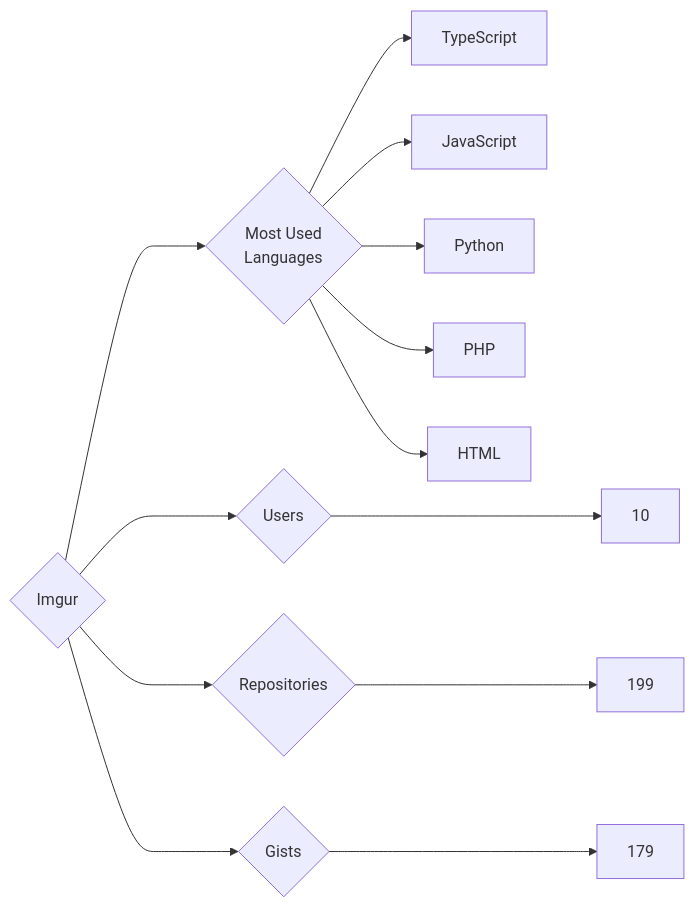
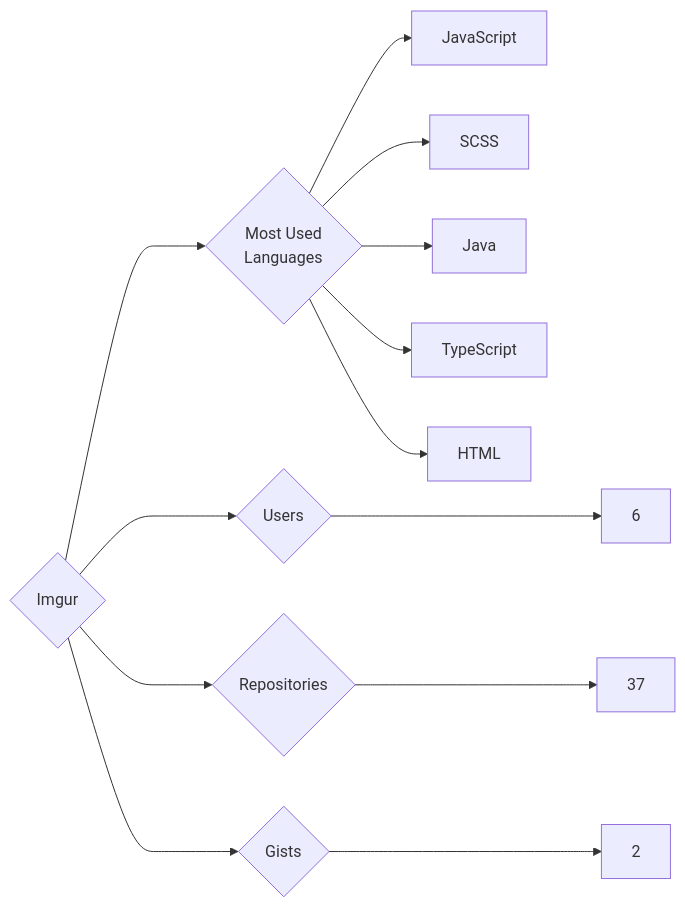
Before and after one commit to trickest/insiders: the diagram in targets/Imgur/README.md, drawn with Mermaid. The commit also changed 933 other files, not shown here.

````diff
--- a/targets/Imgur/README.md
+++ b/targets/Imgur/README.md
@@ -3,13 +3,13 @@
 ```mermaid
 graph LR
 COMPANY_NAME{Imgur}
-COMPANY_NAME ---> U{Users} ---> UN[10]
-COMPANY_NAME ---> R{Repositories} ---> RN[199]
-COMPANY_NAME ---> G{Gists} ---> GN[179]
+COMPANY_NAME ---> U{Users} ---> UN[6]
+COMPANY_NAME ---> R{Repositories} ---> RN[37]
+COMPANY_NAME ---> G{Gists} ---> GN[2]
 COMPANY_NAME ---> ML{Most Used<br>Languages}
+ML --> JavaScript[JavaScript]
+ML --> SCSS[SCSS]
+ML --> Java[Java]
 ML --> TypeScript[TypeScript]
-ML --> JavaScript[JavaScript]
-ML --> Python[Python]
-ML --> PHP[PHP]
 ML --> HTML[HTML]
 ```
````
